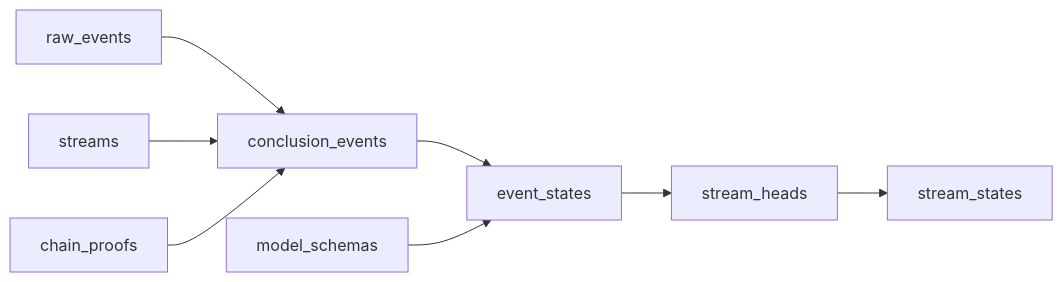
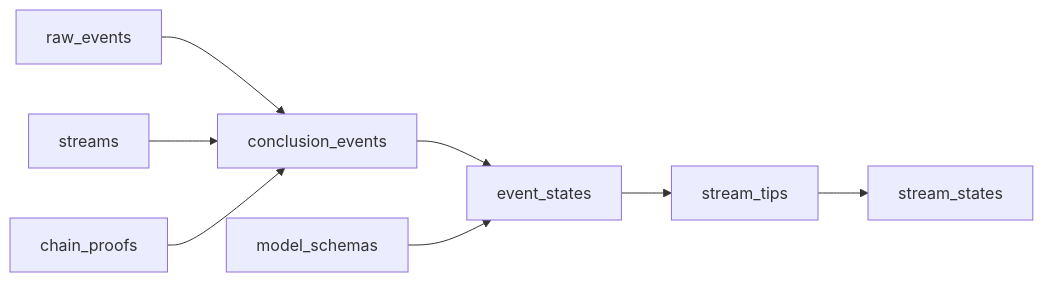
Before and after one commit to ceramicnetwork/rust-ceramic: the diagram in pipeline/DESIGN.md, drawn with Mermaid. The commit also changed other lines of this file and 3 other files, not shown here.

````diff
--- a/pipeline/DESIGN.md
+++ b/pipeline/DESIGN.md
@@ -12,19 +12,19 @@
 ```mermaid
 graph LR;
     raw_events;
     streams;
     chain_proofs;
     conclusion_events;
     model_schemas;
     event_states;
-    stream_heads;
+    stream_tips;
     stream_states;
 
     raw_events --> conclusion_events;
     streams --> conclusion_events;
     chain_proofs --> conclusion_events;
     conclusion_events --> event_states;
     model_schemas --> event_states;
-    event_states --> stream_heads;
-    stream_heads --> stream_states;
+    event_states --> stream_tips;
+    stream_tips --> stream_states;
 ```
````
